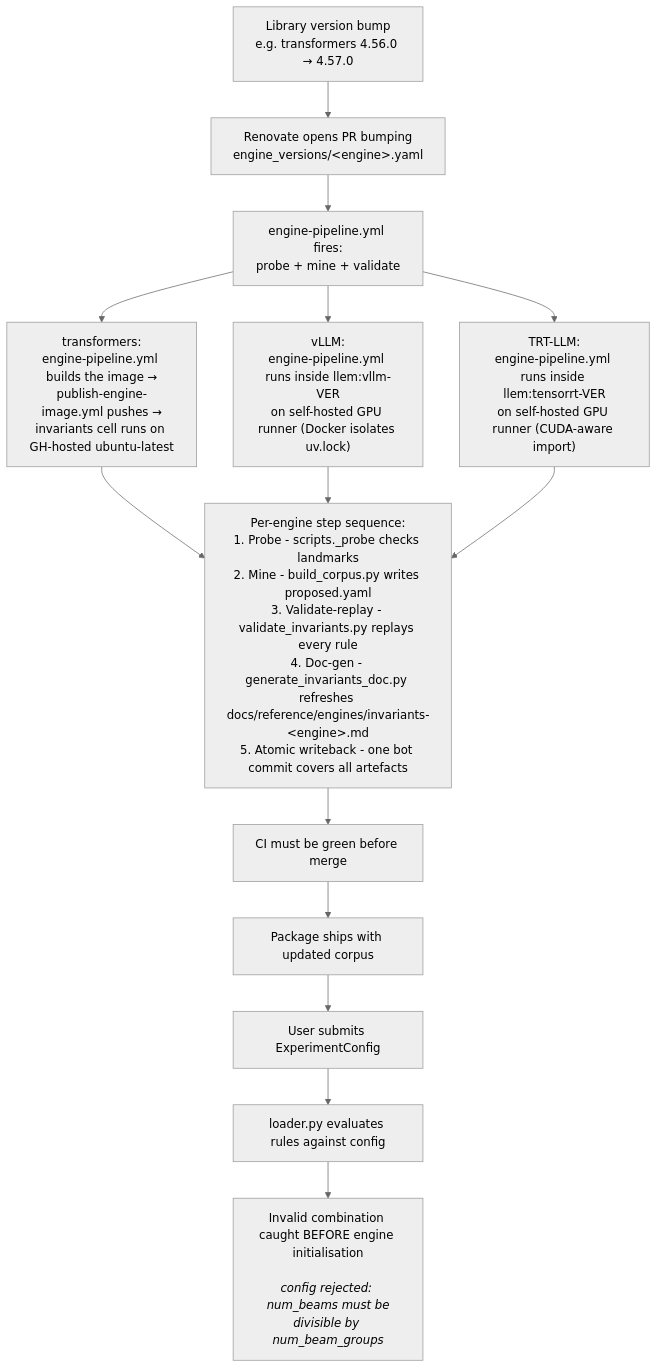
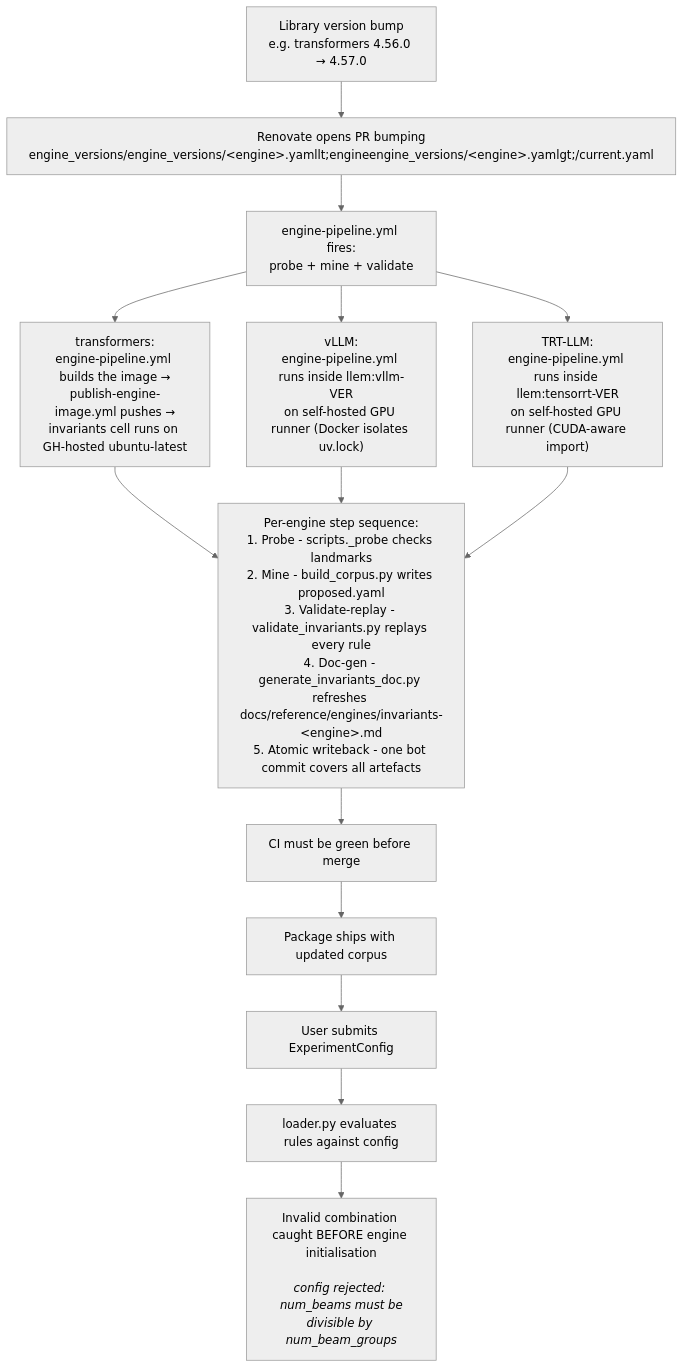
One commit to henrycgbaker/LLenergyMeasure changed the third of 3 diagrams in docs/explanation/architecture/architecture-overview.md. Above: the diagram before and after it, drawn with Mermaid (neutral theme). The commit also changed other lines of this file and 179 other files, not shown here.

First line of the commit message:
refactor(engines): structural cleanup — engine_versions/ layout, producers rename, stub factory (#634)

````diff
--- a/docs/explanation/architecture/architecture-overview.md
+++ b/docs/explanation/architecture/architecture-overview.md
@@ -105,20 +105,20 @@
 ```mermaid
 flowchart TB
     bump[Library version bump<br/>e.g. transformers 4.56.0 → 4.57.0]
-    renovate[Renovate opens PR bumping<br/>engine_versions/&lt;engine&gt;.yaml]
+    renovate[Renovate opens PR bumping<br/>engine_versions/engine_versions/&lt;engine&gt;.yamllt;engineengine_versions/&lt;engine&gt;.yamlgt;/current.yaml]
     pipeline[engine-pipeline.yml fires:<br/>probe + mine + validate]
 
     bump --> renovate --> pipeline
 
     pipeline --> tf["transformers:<br/>engine-pipeline.yml builds the image →<br/>publish-engine-image.yml pushes →<br/>invariants cell runs on GH-hosted ubuntu-latest"]
     pipeline --> vllm["vLLM:<br/>engine-pipeline.yml runs inside llem:vllm-VER<br/>on self-hosted GPU runner (Docker isolates uv.lock)"]
     pipeline --> trt["TRT-LLM:<br/>engine-pipeline.yml runs inside llem:tensorrt-VER<br/>on self-hosted GPU runner (CUDA-aware import)"]
 
     tf & vllm & trt --> steps["Per-engine step sequence:<br/>1. Probe - scripts._probe checks landmarks<br/>2. Mine - build_corpus.py writes proposed.yaml<br/>3. Validate-replay - validate_invariants.py replays every rule<br/>4. Doc-gen - generate_invariants_doc.py refreshes docs/reference/engines/invariants-&lt;engine&gt;.md<br/>5. Atomic writeback - one bot commit covers all artefacts"]
 
     steps --> green[CI must be green before merge]
     green --> ship[Package ships with updated corpus]
     ship --> submit[User submits ExperimentConfig]
     submit --> evaluate[loader.py evaluates rules against config]
     evaluate --> caught["Invalid combination caught BEFORE engine initialisation<br/><br/><i>config rejected: num_beams must be<br/>divisible by num_beam_groups</i>"]
 ```
````
